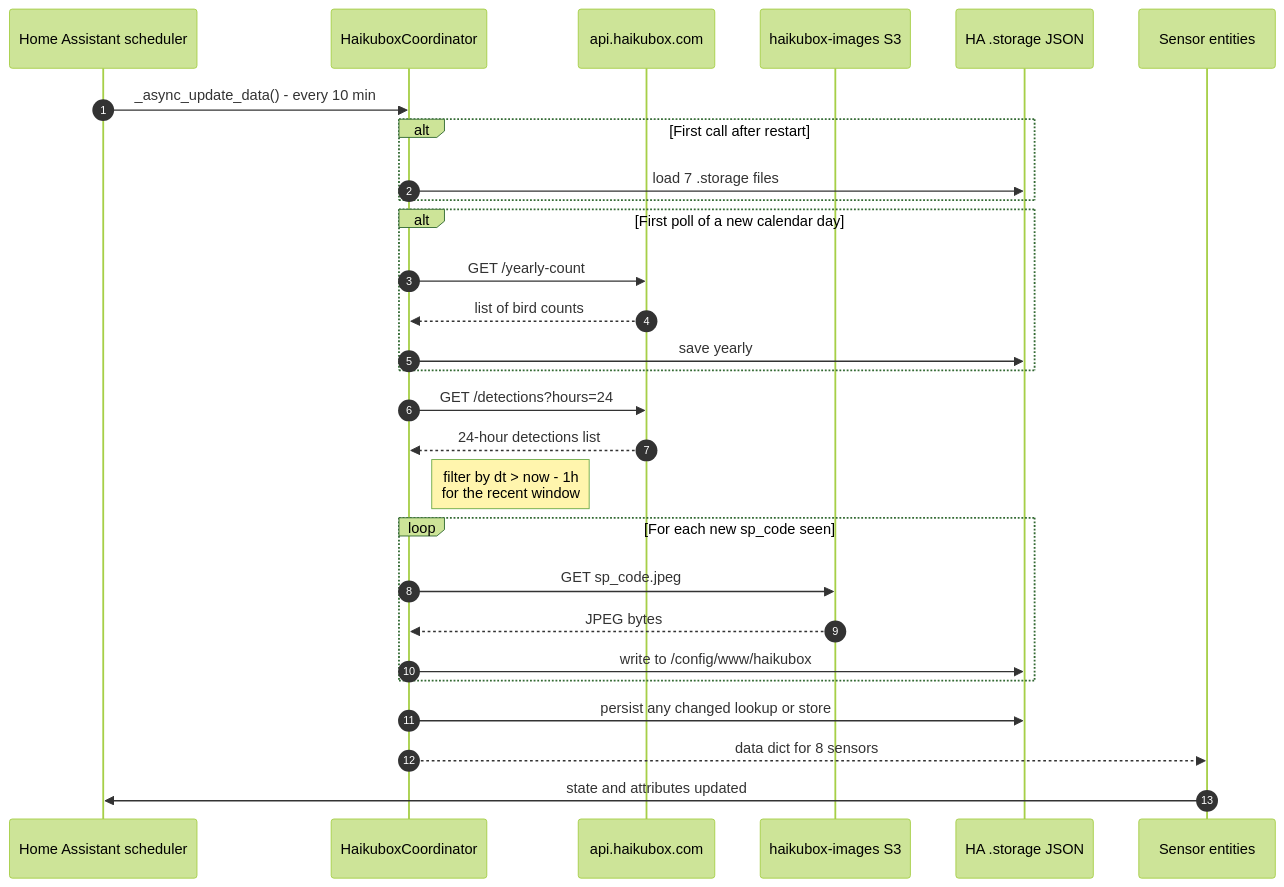
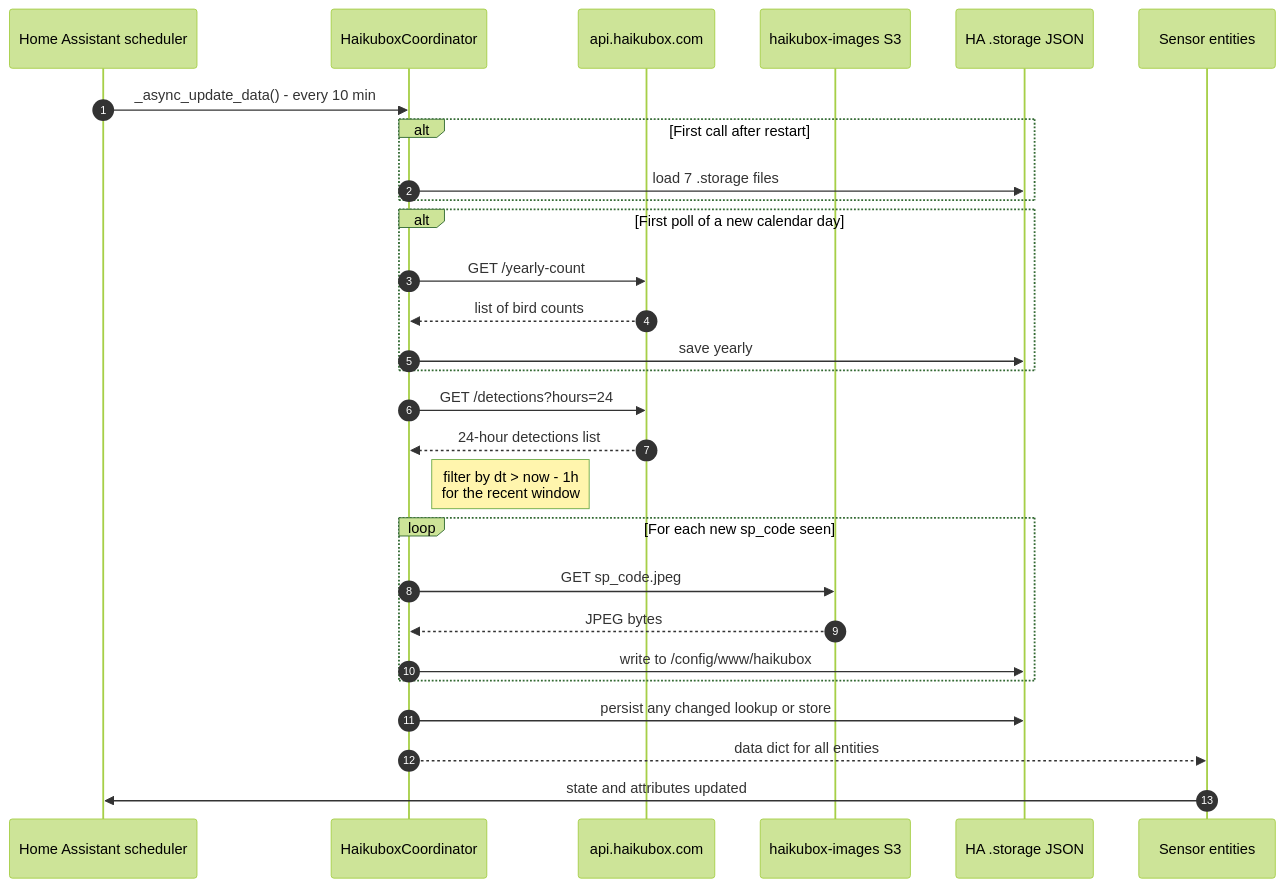
The diagram in docs/api.md (eklundjon/ha-haikubox), drawn with Mermaid (forest theme) before and after one commit. The commit also changed 8 other files, not shown here.

````diff
--- a/docs/api.md
+++ b/docs/api.md
@@ -22,36 +22,36 @@
 ```mermaid
 sequenceDiagram
     autonumber
     participant HA as Home Assistant scheduler
     participant Coord as HaikuboxCoordinator
     participant API as api.haikubox.com
     participant S3 as haikubox-images S3
     participant Store as HA .storage JSON
     participant Sensors as Sensor entities
 
     HA->>Coord: _async_update_data() - every 10 min
 
     alt First call after restart
         Coord->>Store: load 7 .storage files
     end
 
     alt First poll of a new calendar day
         Coord->>API: GET /yearly-count
         API-->>Coord: list of bird counts
         Coord->>Store: save yearly
     end
 
     Coord->>API: GET /detections?hours=24
     API-->>Coord: 24-hour detections list
     Note right of Coord: filter by dt > now - 1h<br/>for the recent window
 
     loop For each new sp_code seen
         Coord->>S3: GET sp_code.jpeg
         S3-->>Coord: JPEG bytes
         Coord->>Store: write to /config/www/haikubox
     end
 
     Coord->>Store: persist any changed lookup or store
-    Coord-->>Sensors: data dict for 8 sensors
+    Coord-->>Sensors: data dict for all entities
     Sensors->>HA: state and attributes updated
 ```
````
